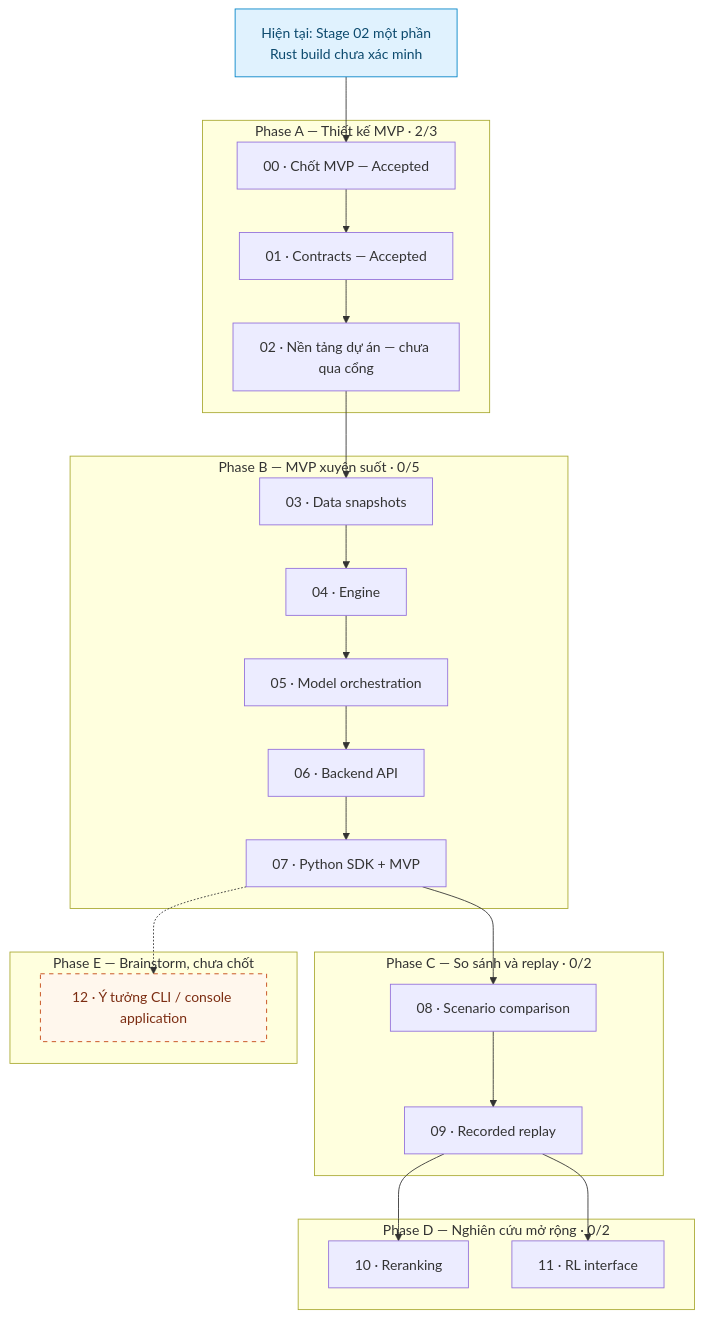
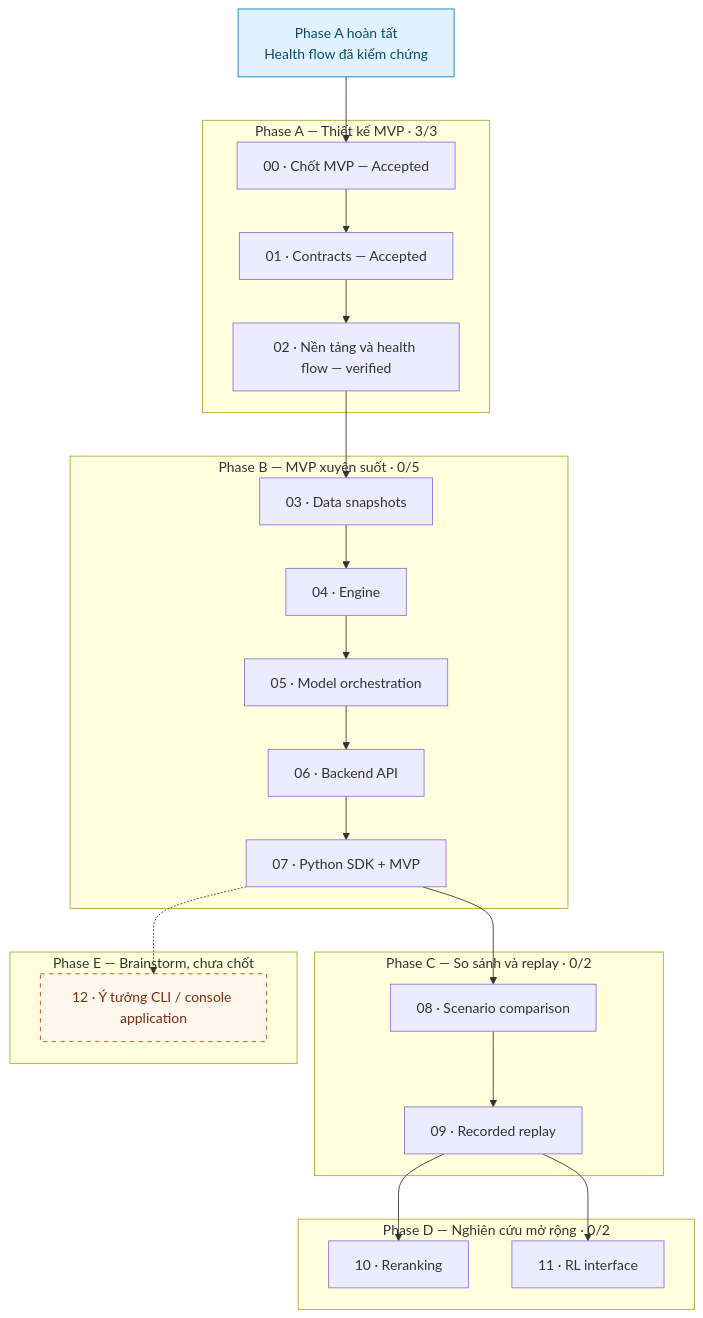
The diagram in plan/implementation/README.md (ryantr-statinops/factorsbt), drawn with Mermaid before and after one commit. The commit also changed other lines of this file and 3 other files, not shown here.

````diff
--- a/plan/implementation/README.md
+++ b/plan/implementation/README.md
@@ -48,41 +48,41 @@
 ```mermaid
 flowchart TD
-    NOW["Hiện tại: Stage 02 một phần<br/>Rust build chưa xác minh"]
+    NOW["Phase A hoàn tất<br/>Health flow đã kiểm chứng"]
     NOW --> A0
 
-    subgraph A["Phase A — Thiết kế MVP · 2/3"]
+    subgraph A["Phase A — Thiết kế MVP · 3/3"]
         A0["00 · Chốt MVP — Accepted"] --> A1["01 · Contracts — Accepted"]
-        A1 --> A2["02 · Nền tảng dự án — chưa qua cổng"]
+        A1 --> A2["02 · Nền tảng và health flow — verified"]
     end
 
     subgraph B["Phase B — MVP xuyên suốt · 0/5"]
         B0["03 · Data snapshots"] --> B1["04 · Engine"]
         B1 --> B2["05 · Model orchestration"]
         B2 --> B3["06 · Backend API"]
         B3 --> B4["07 · Python SDK + MVP"]
     end
 
     subgraph C["Phase C — So sánh và replay · 0/2"]
         C0["08 · Scenario comparison"] --> C1["09 · Recorded replay"]
     end
 
     subgraph D["Phase D — Nghiên cứu mở rộng · 0/2"]
         D0["10 · Reranking"]
         D1["11 · RL interface"]
     end
 
     subgraph E["Phase E — Brainstorm, chưa chốt"]
         E0["12 · Ý tưởng CLI / console application"]
     end
 
     A2 --> B0
     B4 --> C0
     C1 --> D0
     C1 --> D1
     B4 -.-> E0
 
     classDef current fill:#e0f2fe,stroke:#0284c7,color:#0c4a6e
     classDef idea fill:#fff7ed,stroke:#c2410c,color:#7c2d12,stroke-dasharray:5 5
     class NOW current
     class E0 idea
 ```
````
